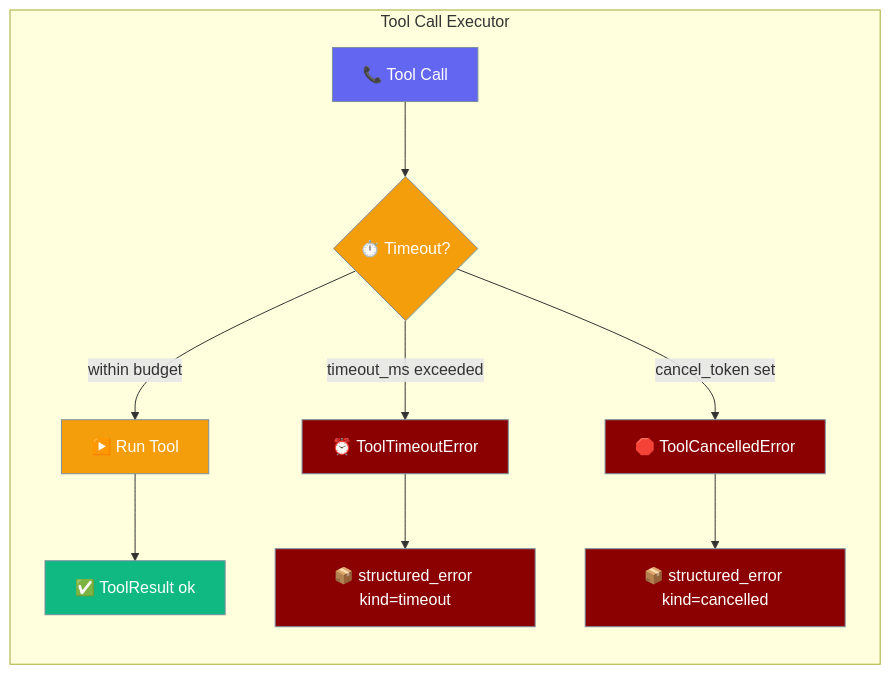
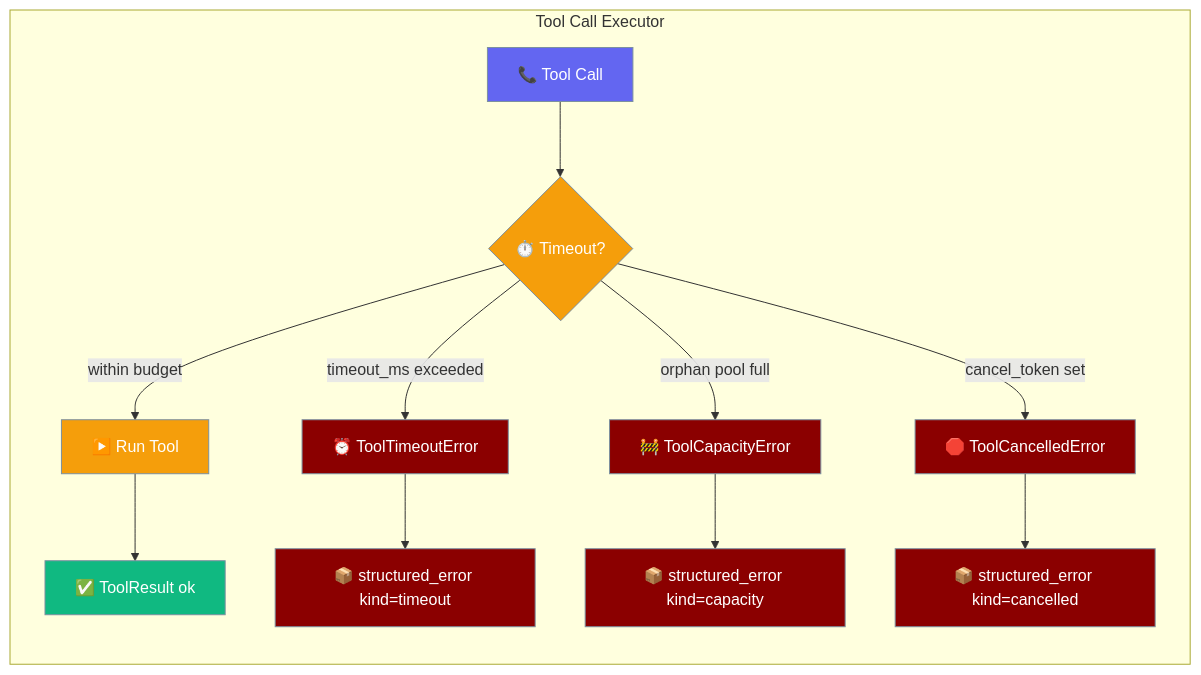
One commit to MervinPraison/PraisonAIDocs changed the first of 3 diagrams in docs/features/tool-call-executor-timeout.mdx. Above: the diagram before and after it, drawn with Mermaid. The commit also changed other lines of this file and 3 other files, not shown here.

Commit message:
docs: reflect PR #5589 — shared async bridge, daemon tool-timeout worker + ToolCapacityError, LLM.chat_history removal (fixes #4483)

````diff
--- a/docs/features/tool-call-executor-timeout.mdx
+++ b/docs/features/tool-call-executor-timeout.mdx
@@ -23,22 +23,24 @@
 ```mermaid
 graph LR
     subgraph "Tool Call Executor"
         Call[📞 Tool Call] --> Exec{⏱️ Timeout?}
         Exec -->|within budget| Body[▶️ Run Tool]
         Body --> OK[✅ ToolResult ok]
         Exec -->|timeout_ms exceeded| Timeout[⏰ ToolTimeoutError]
+        Exec -->|orphan pool full| Capacity[🚧 ToolCapacityError]
         Exec -->|cancel_token set| Cancel[🛑 ToolCancelledError]
         Timeout --> Struct[📦 structured_error kind=timeout]
+        Capacity --> Struct3[📦 structured_error kind=capacity]
         Cancel --> Struct2[📦 structured_error kind=cancelled]
     end
 
     classDef input fill:#6366F1,stroke:#7C90A0,color:#fff
     classDef process fill:#F59E0B,stroke:#7C90A0,color:#fff
     classDef output fill:#10B981,stroke:#7C90A0,color:#fff
     classDef fail fill:#8B0000,stroke:#7C90A0,color:#fff
 
     class Call input
     class Exec,Body process
     class OK output
-    class Timeout,Cancel,Struct,Struct2 fail
+    class Timeout,Capacity,Cancel,Struct,Struct2,Struct3 fail
 ```
````
